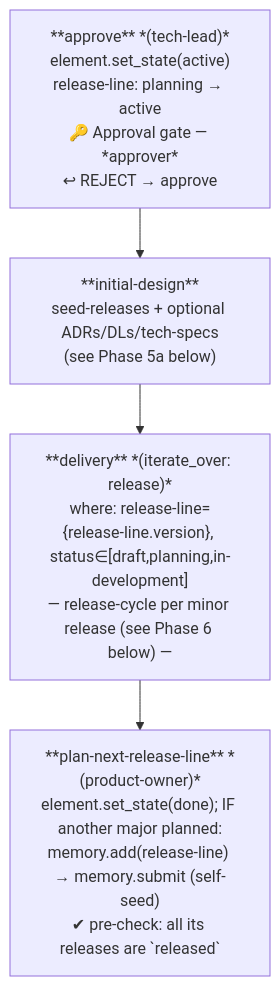
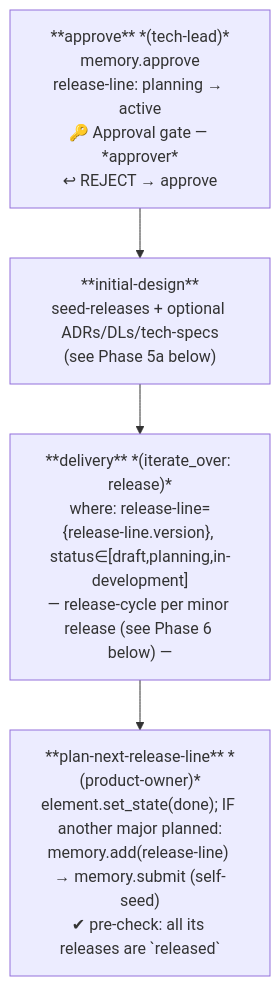
Before and after one commit to robypomper/wingfoil: the sixth of 23 diagrams in .wingfoil/WORKFLOW.md, drawn with Mermaid. The commit also changed other lines of this file and 1 other file, not shown here.

Commit message:
fix(workflow): task-148 — WORKFLOW.md draws release-cycle's seven phases, release-planning's eight, user-docs and e2e-smoke; align-agent-docs produces WORKFLOW.md, user-docs 1.2 (bug-170)

````diff
--- a/.wingfoil/WORKFLOW.md
+++ b/.wingfoil/WORKFLOW.md
@@ -127,9 +127,9 @@
 ```mermaid
 flowchart TD
-    AP["**approve** *(tech-lead)*\nelement.set_state(active)\nrelease-line: planning → active\n🔑 Approval gate — *approver*\n↩ REJECT → approve"]
+    AP["**approve** *(tech-lead)*\nmemory.approve\nrelease-line: planning → active\n🔑 Approval gate — *approver*\n↩ REJECT → approve"]
     ID["**initial-design**\nseed-releases + optional ADRs/DLs/tech-specs\n(see Phase 5a below)"]
     DL["**delivery** *(iterate_over: release)*\nwhere: release-line={release-line.version}, status∈[draft,planning,in-development]\n— release-cycle per minor release (see Phase 6 below) —"]
     PN["**plan-next-release-line** *(product-owner)*\nelement.set_state(done); IF another major planned:\nmemory.add(release-line) → memory.submit (self-seed)\n✔ pre-check: all its releases are `released`"]
 
     AP --> ID --> DL --> PN
 ```
````
